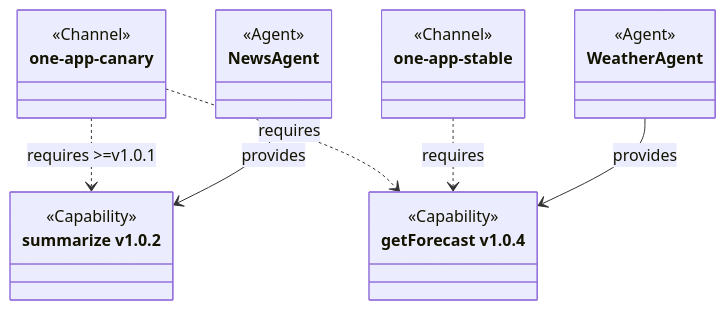
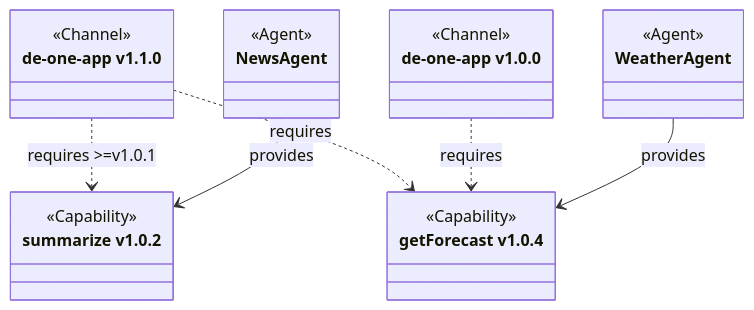
One commit to lmos-ai/lmos-talk changed the second of 2 diagrams in slides.md. Above: the diagram before and after it, drawn with Mermaid. The commit also changed other lines of this file and 2 other files, not shown here.

````diff
--- a/slides.md
+++ b/slides.md
@@ -535,29 +535,29 @@
 ```mermaid
 classDiagram
 
 class NewsAgent{
     <<Agent>>
 }
 class WeatherAgent{
     <<Agent>>
 }
-class one-app-stable{
+class one-app-stable["de-one-app v1.0.0"]{
     <<Channel>>
 }
-class one-app-canary{
+class one-app-canary["de-one-app v1.1.0"]{
     <<Channel>>
 }
 
 class getForecast["getForecast v1.0.4"]
 <<Capability>> getForecast
 class summarize["summarize v1.0.2"]
 <<Capability>> summarize
 WeatherAgent --> getForecast :provides
 NewsAgent --> summarize :provides
 
 one-app-stable ..> getForecast :requires
 one-app-canary  ..> getForecast :requires
 one-app-canary  ..> summarize :requires  >=v1.0.1
 
 
 ```
````
